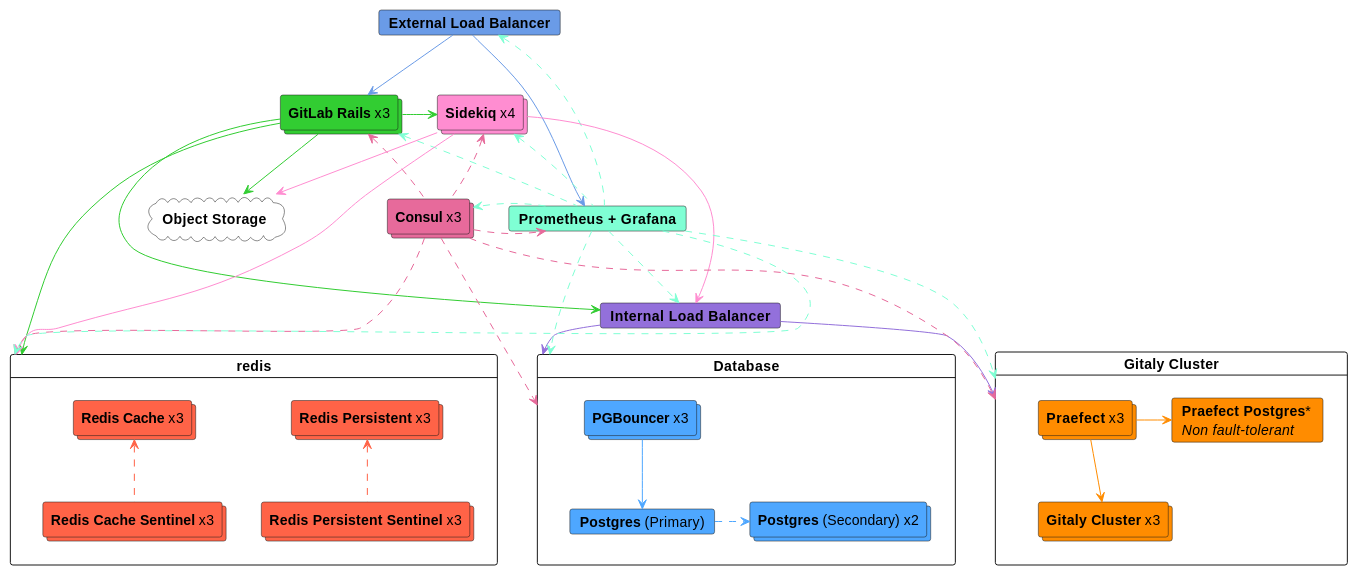
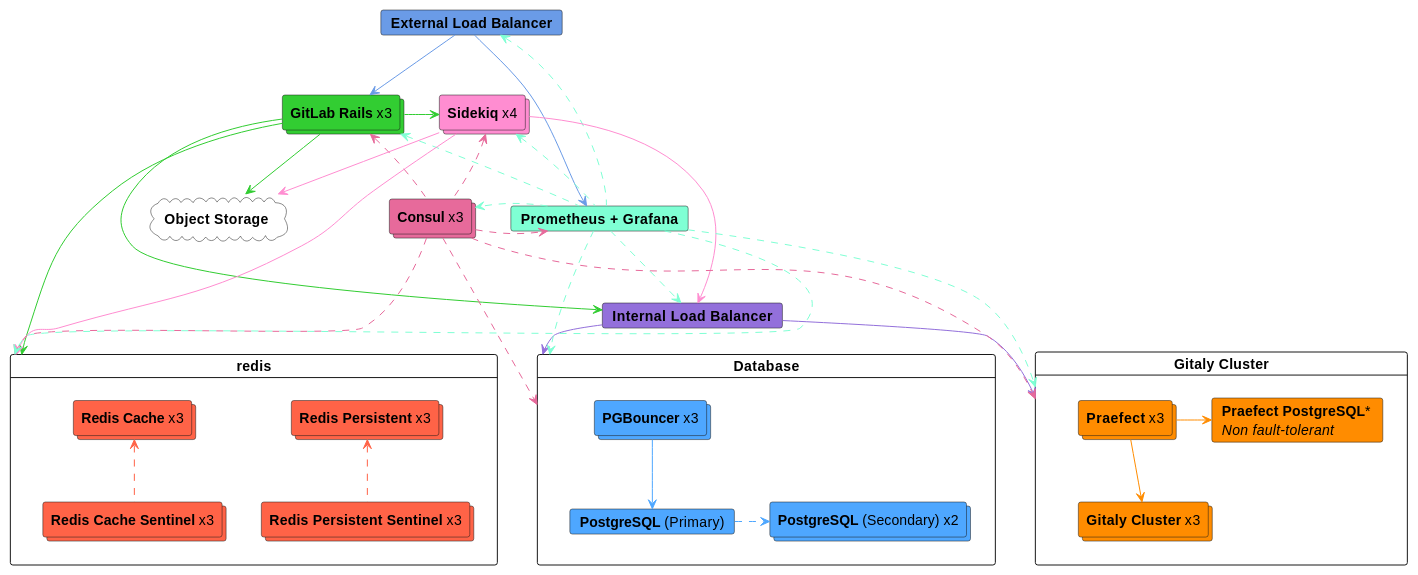
One commit to mehulagg/gitlab changed the diagram in doc/administration/reference_architectures/10k_users.md. Above: the diagram before and after it, drawn with PlantUML. The commit also changed other lines of this file, not shown here.

Commit message:
Add in new sections and Praefect PG guidance

````diff
--- a/doc/administration/reference_architectures/10k_users.md
+++ b/doc/administration/reference_architectures/10k_users.md
@@ -37,82 +40,82 @@
 ```plantuml
 @startuml 10k
 card "**External Load Balancer**" as elb #6a9be7
 card "**Internal Load Balancer**" as ilb #9370DB
 
 together {
   collections "**GitLab Rails** x3" as gitlab #32CD32
   collections "**Sidekiq** x4" as sidekiq #ff8dd1
 }
 
 together {
   card "**Prometheus + Grafana**" as monitor #7FFFD4
   collections "**Consul** x3" as consul #e76a9b
 }
 
 card "Gitaly Cluster" as gitaly_cluster {
   collections "**Praefect** x3" as praefect #FF8C00
   collections "**Gitaly Cluster** x3" as gitaly #FF8C00
-  card "**Praefect Postgres***\n//Non fault-tolerant//" as praefect_postgres #FF8C00
+  card "**Praefect PostgreSQL***\n//Non fault-tolerant//" as praefect_postgres #FF8C00
   
   praefect -[#FF8C00]-> gitaly
   praefect -[#FF8C00]> praefect_postgres
 }
 
 card "Database" as database {
   collections "**PGBouncer** x3" as pgbouncer #4EA7FF
-  card "**Postgres** (Primary)" as postgres_primary #4EA7FF
-  collections "**Postgres** (Secondary) x2" as postgres_secondary #4EA7FF
+  card "**PostgreSQL** (Primary)" as postgres_primary #4EA7FF
+  collections "**PostgreSQL** (Secondary) x2" as postgres_secondary #4EA7FF
   
   pgbouncer -[#4EA7FF]-> postgres_primary
   postgres_primary .[#4EA7FF]> postgres_secondary
 }
 
 card "redis" as redis {
   collections "**Redis Persistent** x3" as redis_persistent #FF6347
   collections "**Redis Cache** x3" as redis_cache #FF6347
   collections "**Redis Persistent Sentinel** x3" as redis_persistent_sentinel #FF6347
   collections "**Redis Cache Sentinel** x3"as redis_cache_sentinel #FF6347
   
   redis_persistent <.[#FF6347]- redis_persistent_sentinel
   redis_cache <.[#FF6347]- redis_cache_sentinel
 }
 
 cloud "**Object Storage**" as object_storage #white
 
 elb -[#6a9be7]-> gitlab
 elb -[#6a9be7]--> monitor
 
 gitlab -[#32CD32]> sidekiq
 gitlab -[#32CD32]--> ilb
 gitlab -[#32CD32]-> object_storage
 gitlab -[#32CD32]---> redis
 gitlab -[hidden]-> monitor
 gitlab -[hidden]-> consul
 
 sidekiq -[#ff8dd1]--> ilb
 sidekiq -[#ff8dd1]-> object_storage
 sidekiq -[#ff8dd1]---> redis
 sidekiq -[hidden]-> monitor
 sidekiq -[hidden]-> consul
 
 ilb -[#9370DB]-> gitaly_cluster
 ilb -[#9370DB]-> database
 
 consul .[#e76a9b]u-> gitlab
 consul .[#e76a9b]u-> sidekiq
 consul .[#e76a9b]> monitor
 consul .[#e76a9b]-> database
 consul .[#e76a9b]-> gitaly_cluster
 consul .[#e76a9b,norank]--> redis
 
 monitor .[#7FFFD4]u-> gitlab
 monitor .[#7FFFD4]u-> sidekiq
 monitor .[#7FFFD4]> consul
 monitor .[#7FFFD4]-> database
 monitor .[#7FFFD4]-> gitaly_cluster
 monitor .[#7FFFD4,norank]--> redis
 monitor .[#7FFFD4]> ilb
 monitor .[#7FFFD4,norank]u--> elb
 
 @enduml
 ```
````
